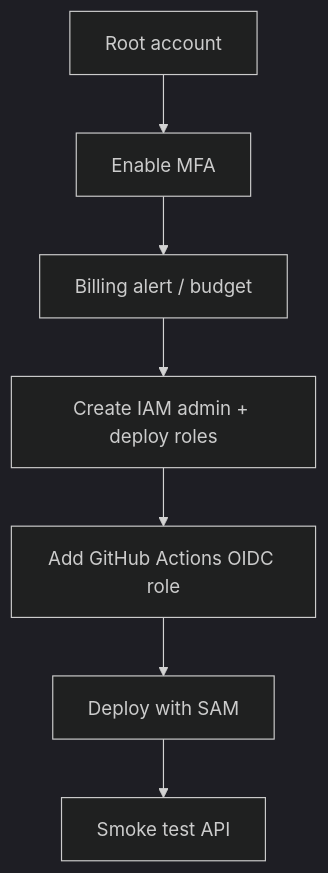
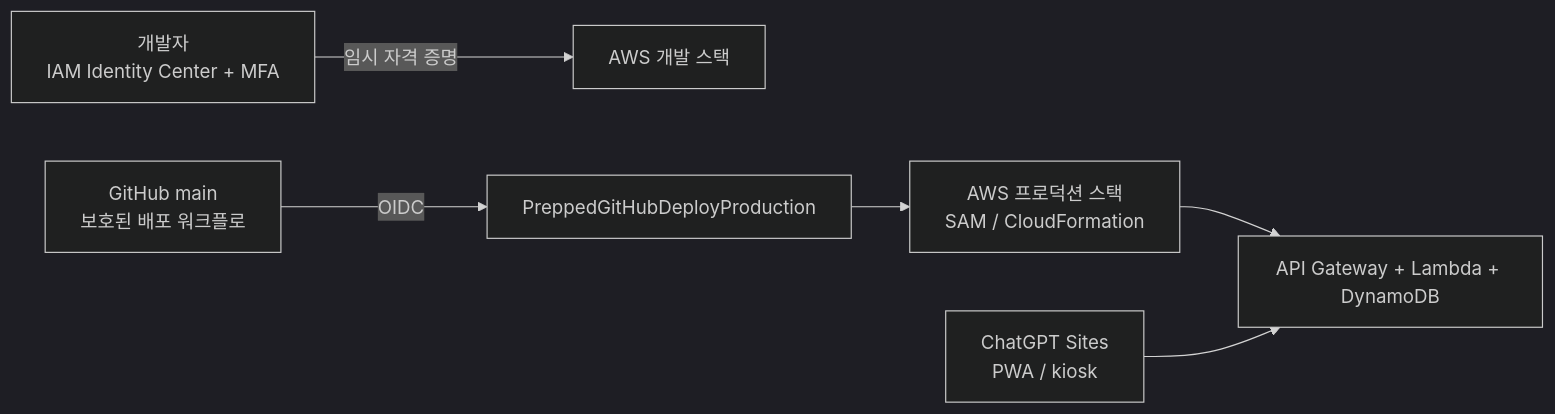
One commit to postmelee/Prepped changed the diagram in docs/aws-deployment.md. Above: the diagram before and after it, drawn with Mermaid (dark theme). The commit also changed other lines of this file and 1 other file, not shown here.

Commit message:
Task #3 Stage 1: 배포 IAM 계획 최종화

````diff
--- a/docs/aws-deployment.md
+++ b/docs/aws-deployment.md
@@ -14,9 +7,8 @@
 ```mermaid
-flowchart TD
-  ROOT["Root account"] --> MFA["Enable MFA"]
-  MFA --> BILL["Billing alert / budget"]
-  BILL --> IAM["Create IAM admin + deploy roles"]
-  IAM --> OIDC["Add GitHub Actions OIDC role"]
-  OIDC --> SAM["Deploy with SAM"]
-  SAM --> VERIFY["Smoke test API"]
+flowchart LR
+    Dev["개발자\nIAM Identity Center + MFA"] -->|"임시 자격 증명"| DevStack["AWS 개발 스택"]
+    Main["GitHub main\n보호된 배포 워크플로"] -->|"OIDC"| ProdRole["PreppedGitHubDeployProduction"]
+    ProdRole --> ProdStack["AWS 프로덕션 스택\nSAM / CloudFormation"]
+    ProdStack --> Api["API Gateway + Lambda + DynamoDB"]
+    Sites["ChatGPT Sites\nPWA / kiosk"] --> Api
 ```
````
